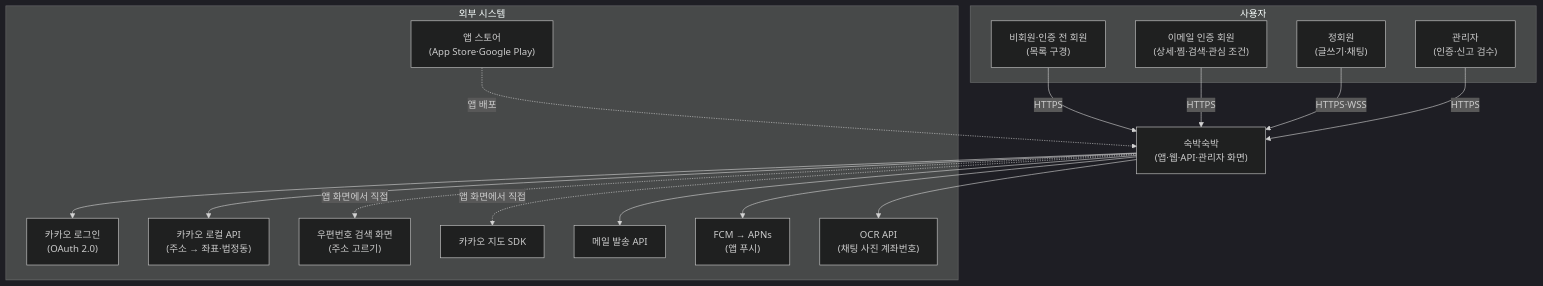
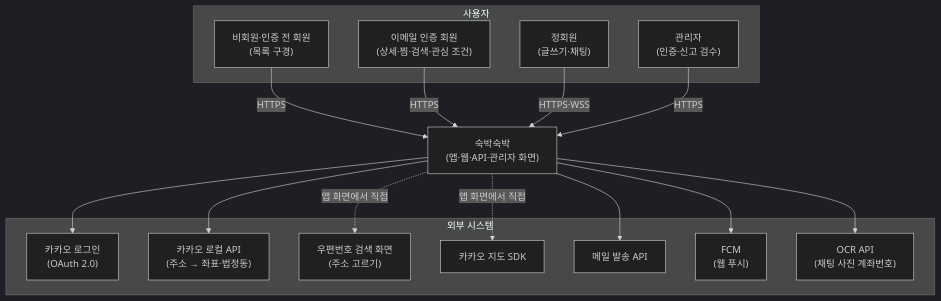
Before and after one commit to yuna14742/sookbak-sookbak: the first of 6 diagrams in waterfall/02-시스템설계/시스템아키텍처설계서-SAD.md, drawn with Mermaid (dark theme). The commit also changed other lines of this file and 2 other files, not shown here.

````diff
--- a/waterfall/02-시스템설계/시스템아키텍처설계서-SAD.md
+++ b/waterfall/02-시스템설계/시스템아키텍처설계서-SAD.md
@@ -120,35 +122,33 @@
 ```mermaid
 graph TB
     subgraph "사용자"
         GUEST["비회원·인증 전 회원<br/>(목록 구경)"]
         EMAIL["이메일 인증 회원<br/>(상세·찜·검색·관심 조건)"]
         MEMBER["정회원<br/>(글쓰기·채팅)"]
         ADMIN["관리자<br/>(인증·신고 검수)"]
     end
 
     SYS["숙박숙박<br/>(앱·웹·API·관리자 화면)"]
 
     subgraph "외부 시스템"
         KAKAO["카카오 로그인<br/>(OAuth 2.0)"]
         KLOCAL["카카오 로컬 API<br/>(주소 → 좌표·법정동)"]
         POSTCODE["우편번호 검색 화면<br/>(주소 고르기)"]
         KMAP["카카오 지도 SDK"]
         MAIL["메일 발송 API"]
-        FCM["FCM → APNs<br/>(앱 푸시)"]
+        FCM["FCM<br/>(웹 푸시)"]
         OCR["OCR API<br/>(채팅 사진 계좌번호)"]
-        STORE["앱 스토어<br/>(App Store·Google Play)"]
     end
 
     GUEST -->|HTTPS| SYS
     EMAIL -->|HTTPS| SYS
     MEMBER -->|HTTPS·WSS| SYS
     ADMIN -->|HTTPS| SYS
     SYS --> KAKAO
     SYS --> KLOCAL
     SYS --> MAIL
     SYS --> FCM
     SYS --> OCR
     SYS -.->|앱 화면에서 직접| POSTCODE
     SYS -.->|앱 화면에서 직접| KMAP
-    STORE -.->|앱 배포| SYS
 ```
````
